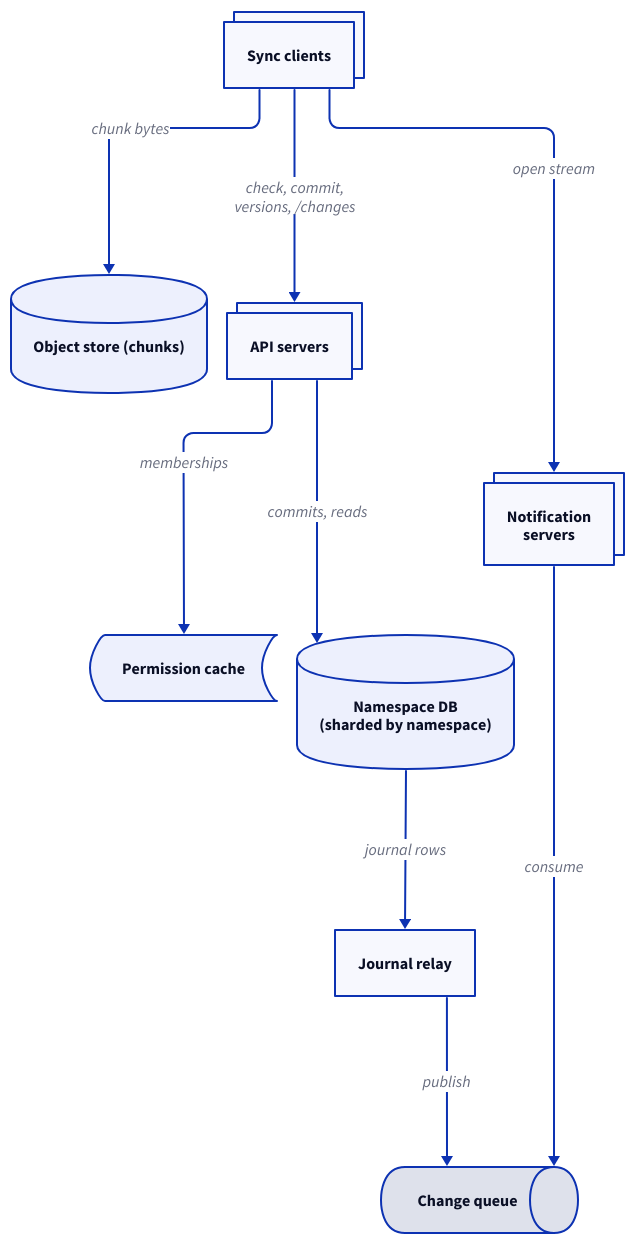
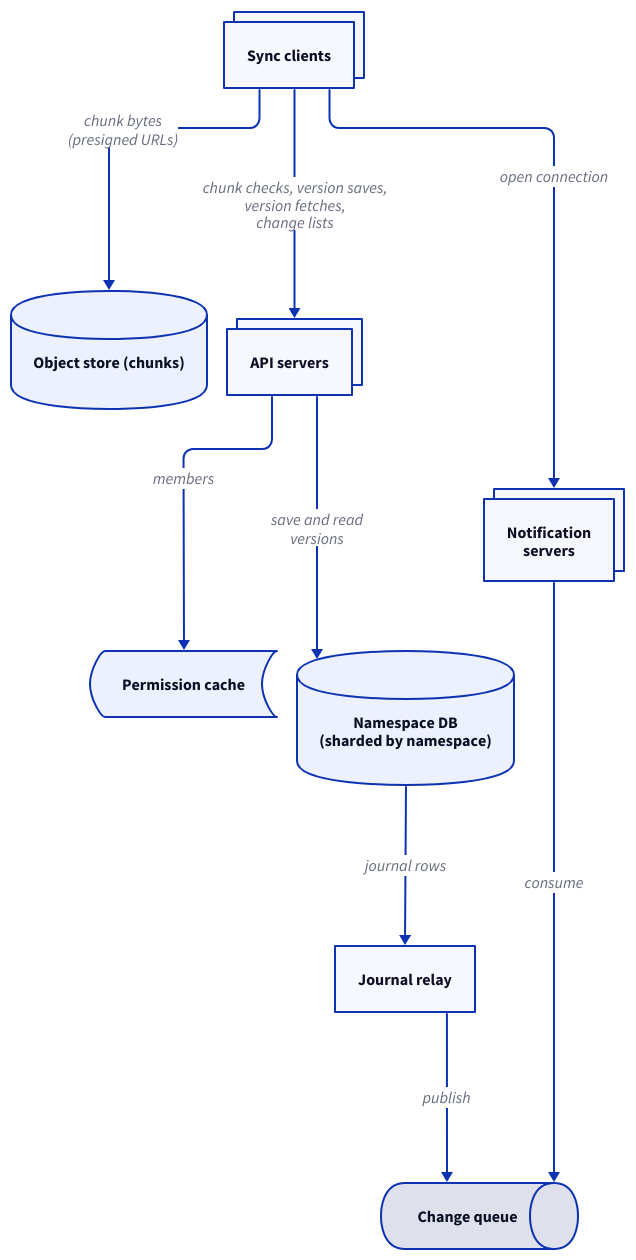
The diagram in src/system-design/diagrams/file-storage/architecture.d2 (enbattle/til), drawn with D2 before and after one commit. The commit also changed 18 other files, not shown here.

```diff
--- a/src/system-design/diagrams/file-storage/architecture.d2
+++ b/src/system-design/diagrams/file-storage/architecture.d2
@@ -1,43 +1,43 @@
 # High-level architecture of cloud file storage: metadata goes through the API
 # servers to the namespace database (split by namespace), while chunk bytes go
 # directly between clients and the object store on presigned URLs. Arrows point
 # from the side that starts a request, except the one leaving the namespace
 # database, which shows journal rows flowing out to the relay.
 vars: {
   d2-config: {
     layout-engine: elk
   }
 }
 direction: down
 
 client: Sync clients {
   style.multiple: true
 }
 api: API servers {
   style.multiple: true
 }
 notify: "Notification\nservers" {
   style.multiple: true
 }
 cache: Permission cache {
   shape: stored_data
 }
 db: "Namespace DB\n(sharded by namespace)" {
   shape: cylinder
 }
 relay: Journal relay
 queue: Change queue {
   shape: queue
 }
 objects: Object store (chunks) {
   shape: cylinder
 }
 
-client -> objects: "chunk bytes"
-client -> api: "check, commit,\nversions, /changes"
-client -> notify: "open stream"
-api -> cache: "memberships"
-api -> db: "commits, reads"
+client -> objects: "chunk bytes\n(presigned URLs)"
+client -> api: "chunk checks, version saves,\nversion fetches,\nchange lists"
+client -> notify: "open connection"
+api -> cache: "members"
+api -> db: "save and read\nversions"
 db -> relay: "journal rows"
 relay -> queue: "publish"
 notify -> queue: "consume"
```
